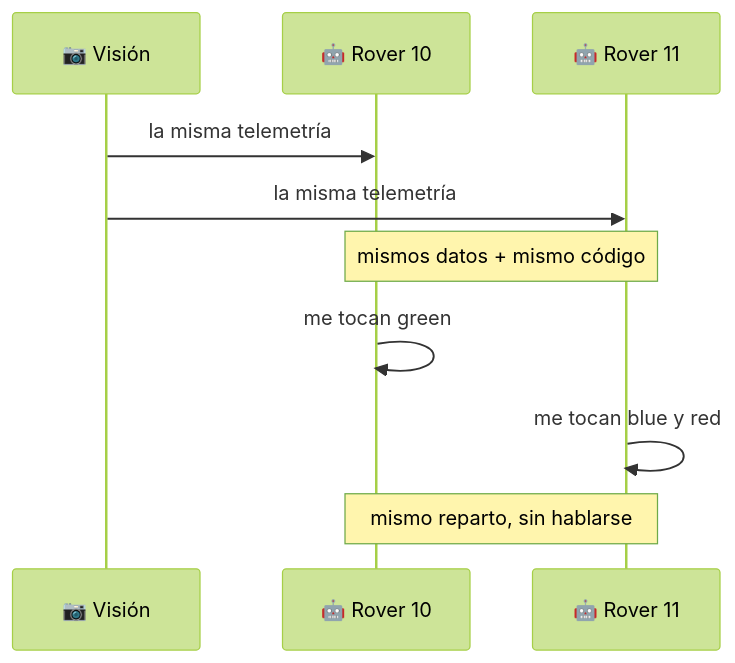
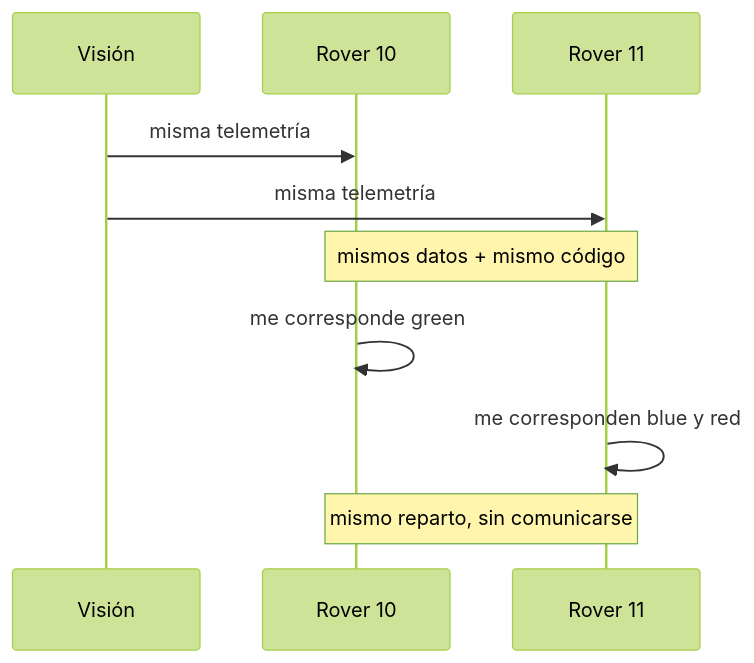
The fourth of 6 diagrams in README.md (dnunezf/Vision-Rover-Challenge-ev4.exe), drawn with Mermaid (forest theme) before and after one commit. The commit also changed other lines of this file, not shown here.

````diff
--- a/README.md
+++ b/README.md
@@ -135,12 +135,12 @@
 ```mermaid
 sequenceDiagram
-    participant V as 📷 Visión
-    participant A as 🤖 Rover 10
-    participant B as 🤖 Rover 11
-    V->>A: la misma telemetría
-    V->>B: la misma telemetría
+    participant V as Visión
+    participant A as Rover 10
+    participant B as Rover 11
+    V->>A: misma telemetría
+    V->>B: misma telemetría
     Note over A,B: mismos datos + mismo código
-    A->>A: me tocan green
-    B->>B: me tocan blue y red
-    Note over A,B: mismo reparto, sin hablarse
+    A->>A: me corresponde green
+    B->>B: me corresponden blue y red
+    Note over A,B: mismo reparto, sin comunicarse
 ```
````
